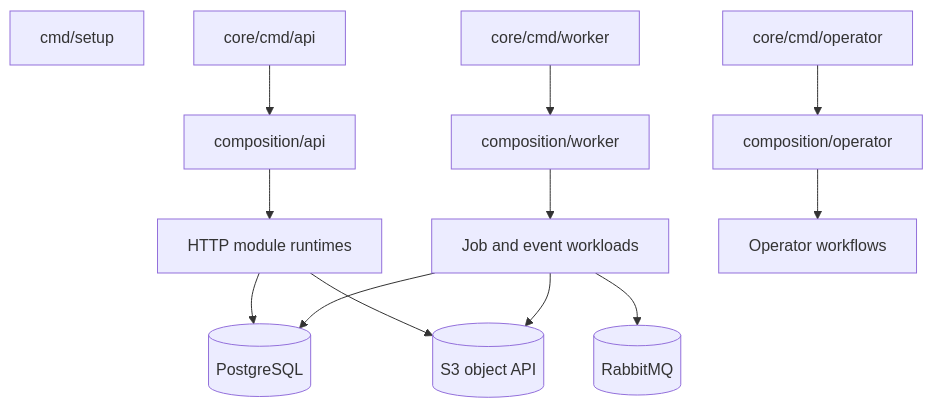
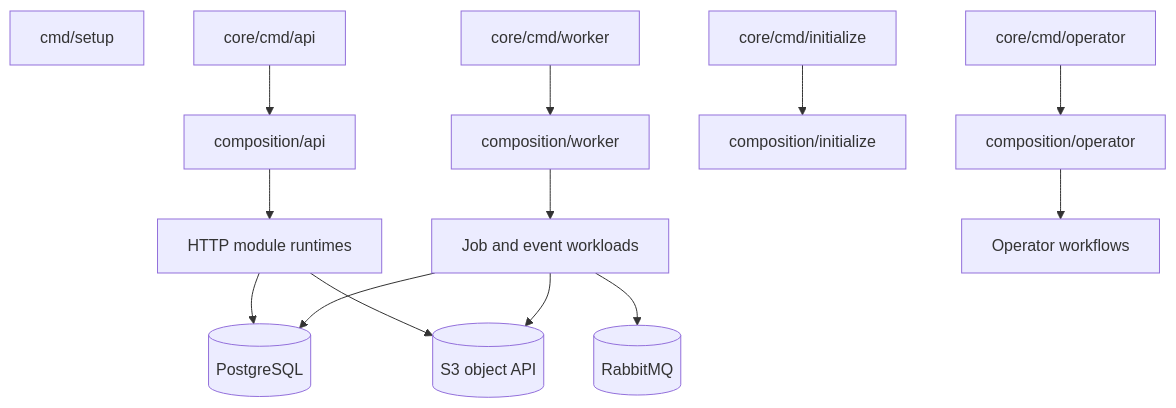
One commit to Onurlulardan/harpy changed the diagram in docs/architecture/03-runtime-ve-composition.md. Above: the diagram before and after it, drawn with Mermaid. The commit also changed other lines of this file and 69 other files, not shown here.

````diff
--- a/docs/architecture/03-runtime-ve-composition.md
+++ b/docs/architecture/03-runtime-ve-composition.md
@@ -7,15 +7,16 @@
 ```mermaid
 flowchart TB
   setup[cmd/setup]
   apiCmd[core/cmd/api] --> apiComp[composition/api]
   workerCmd[core/cmd/worker] --> workerComp[composition/worker]
+  initCmd[core/cmd/initialize] --> initComp[composition/initialize]
   opCmd[core/cmd/operator] --> opComp[composition/operator]
   apiComp --> apiModules[HTTP module runtimes]
   workerComp --> workerModules[Job and event workloads]
   opComp --> operatorFlows[Operator workflows]
   apiModules --> db[(PostgreSQL)]
   workerModules --> db
   workerModules --> broker[(RabbitMQ)]
   apiModules --> object[(S3 object API)]
   workerModules --> object
 ```
````
